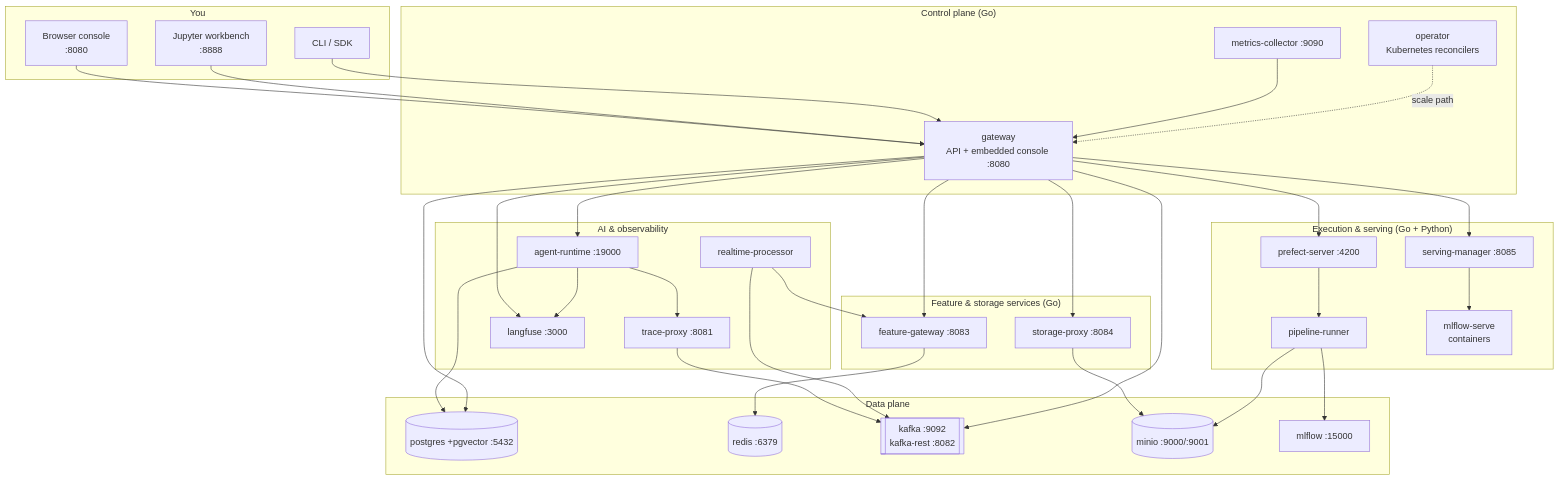
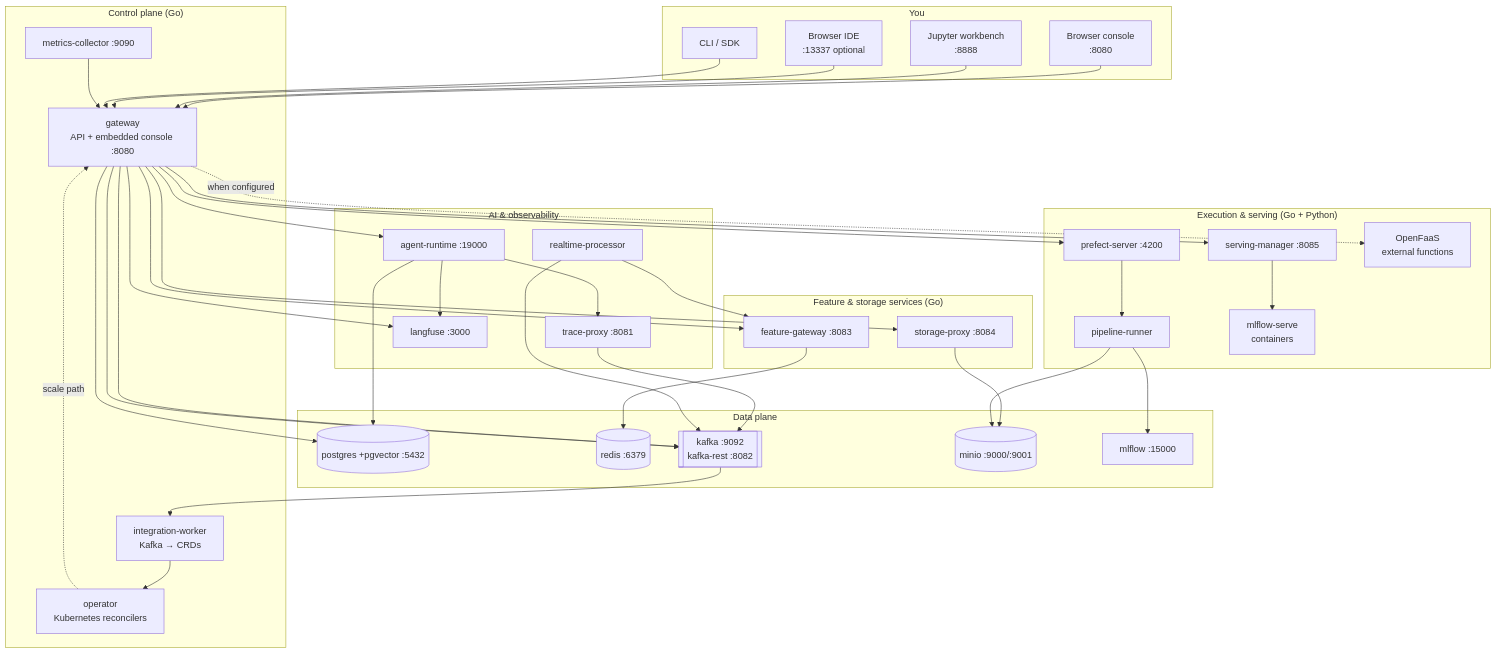
The diagram in docs/overview/architecture.md (kiongahq/docs), drawn with Mermaid before and after one commit. The commit also changed other lines of this file and 35 other files, not shown here.

````diff
--- a/docs/overview/architecture.md
+++ b/docs/overview/architecture.md
@@ -10,60 +10,66 @@
 ```mermaid
 flowchart TB
     subgraph you["You"]
         browser["Browser console<br/>:8080"]
         nb["Jupyter workbench<br/>:8888"]
+        ide["Browser IDE<br/>:13337 optional"]
         cli["CLI / SDK"]
     end
 
     subgraph control["Control plane (Go)"]
         gw["gateway<br/>API + embedded console :8080"]
         op["operator<br/>Kubernetes reconcilers"]
         mc["metrics-collector :9090"]
+        iw["integration-worker<br/>Kafka → CRDs"]
     end
 
     subgraph exec["Execution & serving (Go + Python)"]
         prefect["prefect-server :4200"]
         runner["pipeline-runner"]
         sm["serving-manager :8085"]
         serve["mlflow-serve<br/>containers"]
+        fn["OpenFaaS<br/>external functions"]
     end
 
     subgraph ai["AI & observability"]
         ar["agent-runtime :19000"]
         tp["trace-proxy :8081"]
         lf["langfuse :3000"]
         rt["realtime-processor"]
     end
 
     subgraph dataplane["Data plane"]
         pg[("postgres +pgvector :5432")]
         redis[("redis :6379")]
         kafka[["kafka :9092<br/>kafka-rest :8082"]]
         minio[("minio :9000/:9001")]
         mlflow["mlflow :15000"]
     end
 
     subgraph edge["Feature & storage services (Go)"]
         fg["feature-gateway :8083"]
         sp["storage-proxy :8084"]
     end
 
     browser --> gw
     nb --> gw
+    ide --> gw
     cli --> gw
     gw --> prefect --> runner --> mlflow
     gw --> sm --> serve
+    gw -. when configured .-> fn
     gw --> ar --> tp --> kafka
     gw --> sp --> minio
     gw --> fg --> redis
     gw --> lf
     runner --> minio
     ar --> pg
     ar --> lf
     rt --> kafka
     rt --> fg
     mc --> gw
     gw --> pg
     gw --> kafka
+    gw --> kafka --> iw --> op
     op -. scale path .-> gw
 ```
````
